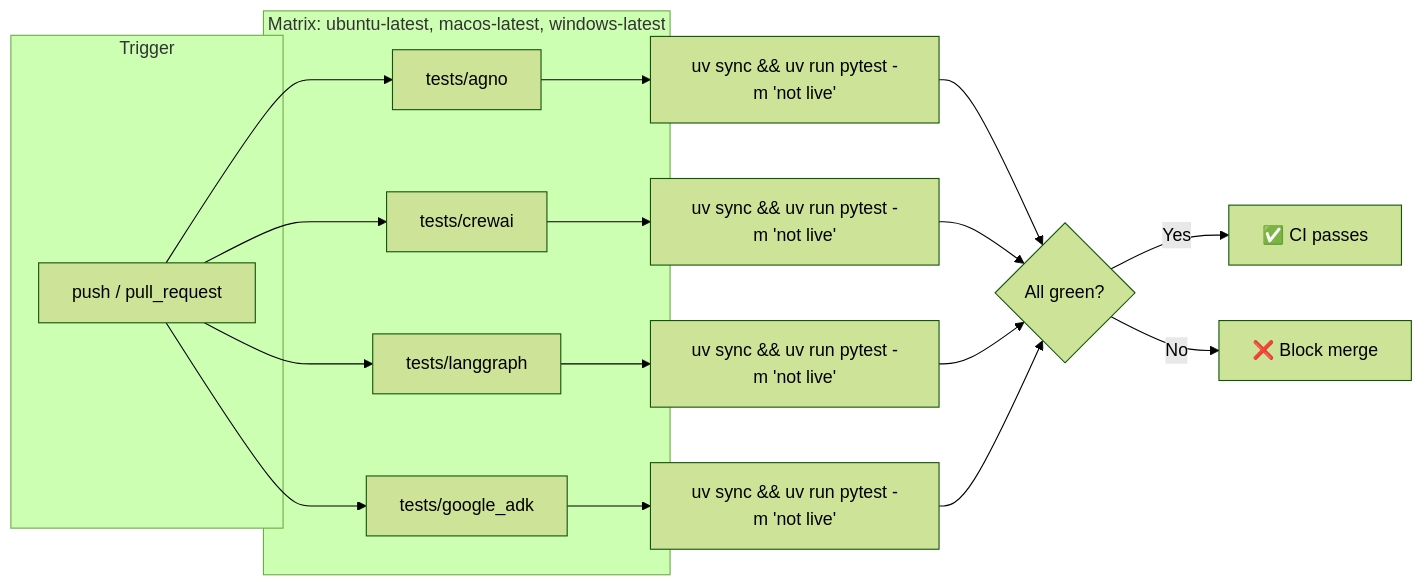
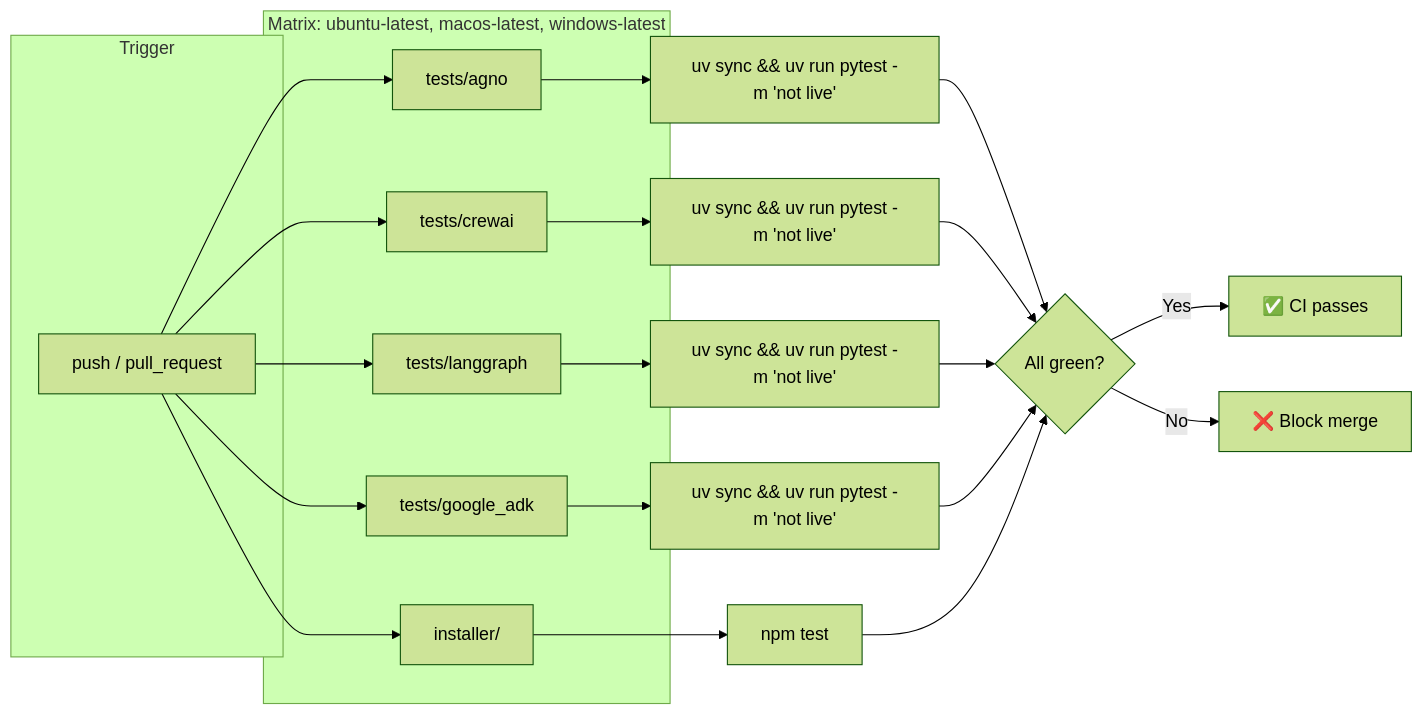
Before and after one commit to cloudbloqavi/recursive-agentic-improvements: the diagram in tests/README.md, drawn with Mermaid (forest theme). The commit also changed other lines of this file and 9 other files, not shown here.

First line of the commit message:
feat(installer): add unit tests, fix dev-mode TEST_CONSTITUTION.md gap, add CI job

````diff
--- a/tests/README.md
+++ b/tests/README.md
@@ -83,20 +83,22 @@
 ```mermaid
 flowchart LR
     subgraph Trigger
         A[push / pull_request]
     end
     subgraph "Matrix: ubuntu-latest, macos-latest, windows-latest"
         B1[tests/agno]
         B2[tests/crewai]
         B3[tests/langgraph]
         B4[tests/google_adk]
+        B5[installer/]
     end
-    A --> B1 & B2 & B3 & B4
+    A --> B1 & B2 & B3 & B4 & B5
     B1 --> C1["uv sync && uv run pytest -m 'not live'"]
     B2 --> C2["uv sync && uv run pytest -m 'not live'"]
     B3 --> C3["uv sync && uv run pytest -m 'not live'"]
     B4 --> C4["uv sync && uv run pytest -m 'not live'"]
-    C1 & C2 & C3 & C4 --> D{All green?}
+    B5 --> C5["npm test"]
+    C1 & C2 & C3 & C4 & C5 --> D{All green?}
     D -->|Yes| E[✅ CI passes]
     D -->|No| F[❌ Block merge]
 ```
````
